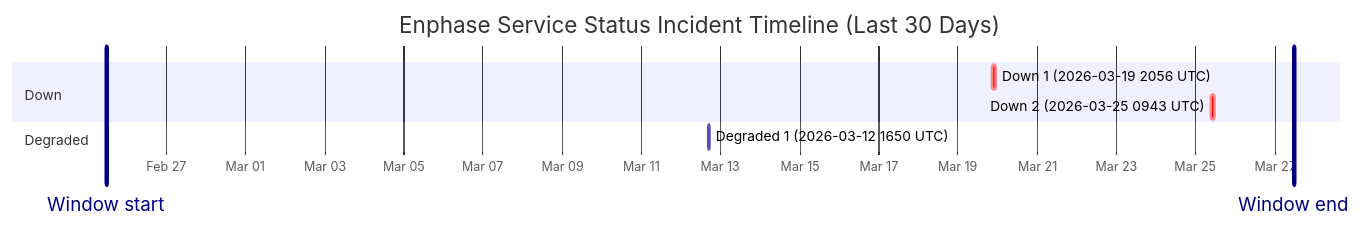
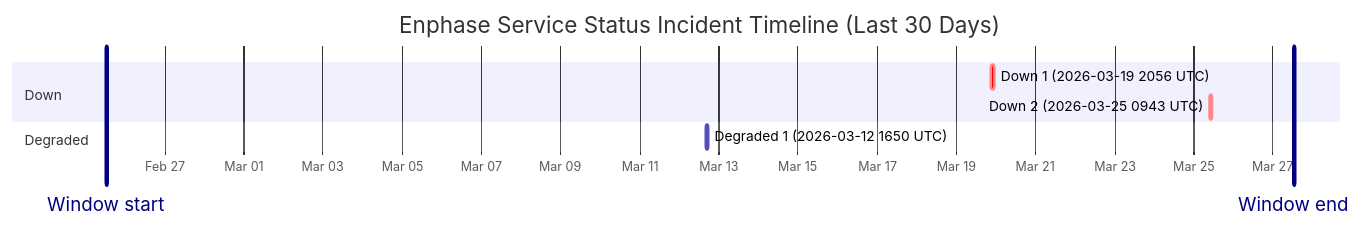
One commit to barneyonline/ha-enphase-ev-charger changed the diagram in wiki/Service-Status-History.md. Above: the diagram before and after it, drawn with Mermaid. The commit also changed other lines of this file and 3 other files, not shown here.

````diff
--- a/wiki/Service-Status-History.md
+++ b/wiki/Service-Status-History.md
@@ -14,13 +14,13 @@
 ```mermaid
 gantt
     title Enphase Service Status Incident Timeline (Last 30 Days)
     dateFormat  YYYY-MM-DDTHH:mm:ss
     axisFormat  %b %d
-    Window start :vert, window-start, 2026-02-25T11:35:08, 0ms
-    Window end :vert, window-end, 2026-03-27T11:35:08, 0ms
+    Window start :vert, window-start, 2026-02-25T12:41:42, 0ms
+    Window end :vert, window-end, 2026-03-27T12:41:42, 0ms
     section Down
     Down 1 (2026-03-19 2056 UTC) :crit, down-1, 2026-03-19T20:56:20, 145m
     Down 2 (2026-03-25 0943 UTC) :crit, down-2, 2026-03-25T09:43:28, 111m
     section Degraded
     Degraded 1 (2026-03-12 1650 UTC) :active, degraded-1, 2026-03-12T16:50:43, 60m
 ```
````
